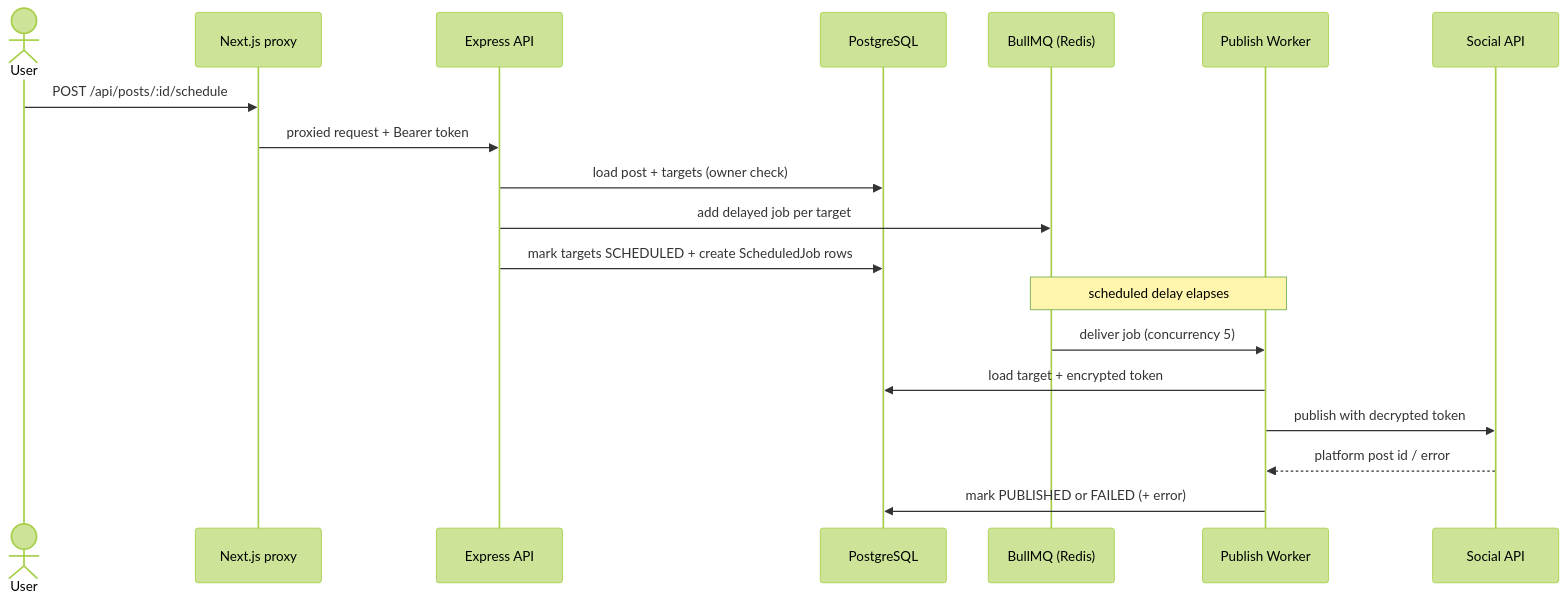
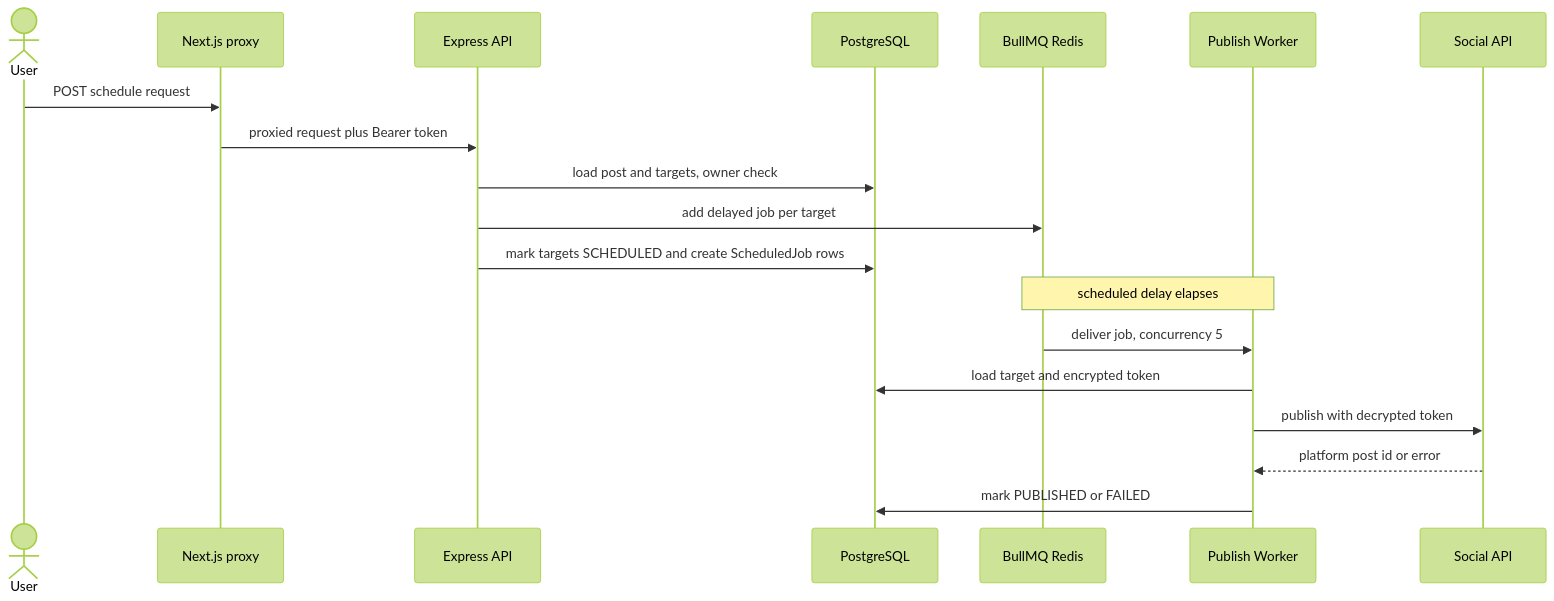
One commit to charliehustlr1792/postpilot changed the second of 3 diagrams in README.md. Above: the diagram before and after it, drawn with Mermaid (forest theme). The commit also changed other lines of this file, not shown here.

Commit message:
docs: update architecture

````diff
--- a/README.md
+++ b/README.md
@@ -75,22 +75,22 @@
 ```mermaid
 sequenceDiagram
     actor U as User
     participant FE as Next.js proxy
     participant API as Express API
     participant DB as PostgreSQL
-    participant Q as BullMQ (Redis)
+    participant Q as BullMQ Redis
     participant W as Publish Worker
     participant S as Social API
 
-    U->>FE: POST /api/posts/:id/schedule
-    FE->>API: proxied request + Bearer token
-    API->>DB: load post + targets (owner check)
+    U->>FE: POST schedule request
+    FE->>API: proxied request plus Bearer token
+    API->>DB: load post and targets, owner check
     API->>Q: add delayed job per target
-    API->>DB: mark targets SCHEDULED + create ScheduledJob rows
+    API->>DB: mark targets SCHEDULED and create ScheduledJob rows
     Note over Q,W: scheduled delay elapses
-    Q->>W: deliver job (concurrency 5)
-    W->>DB: load target + encrypted token
+    Q->>W: deliver job, concurrency 5
+    W->>DB: load target and encrypted token
     W->>S: publish with decrypted token
-    S-->>W: platform post id / error
-    W->>DB: mark PUBLISHED or FAILED (+ error)
+    S-->>W: platform post id or error
+    W->>DB: mark PUBLISHED or FAILED
 ```
````
